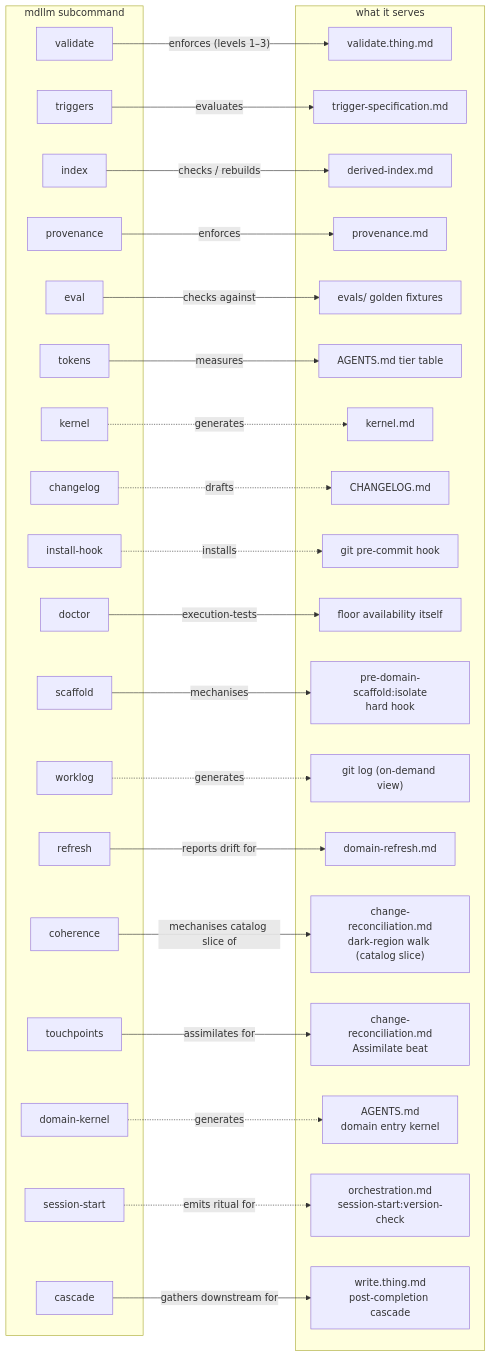
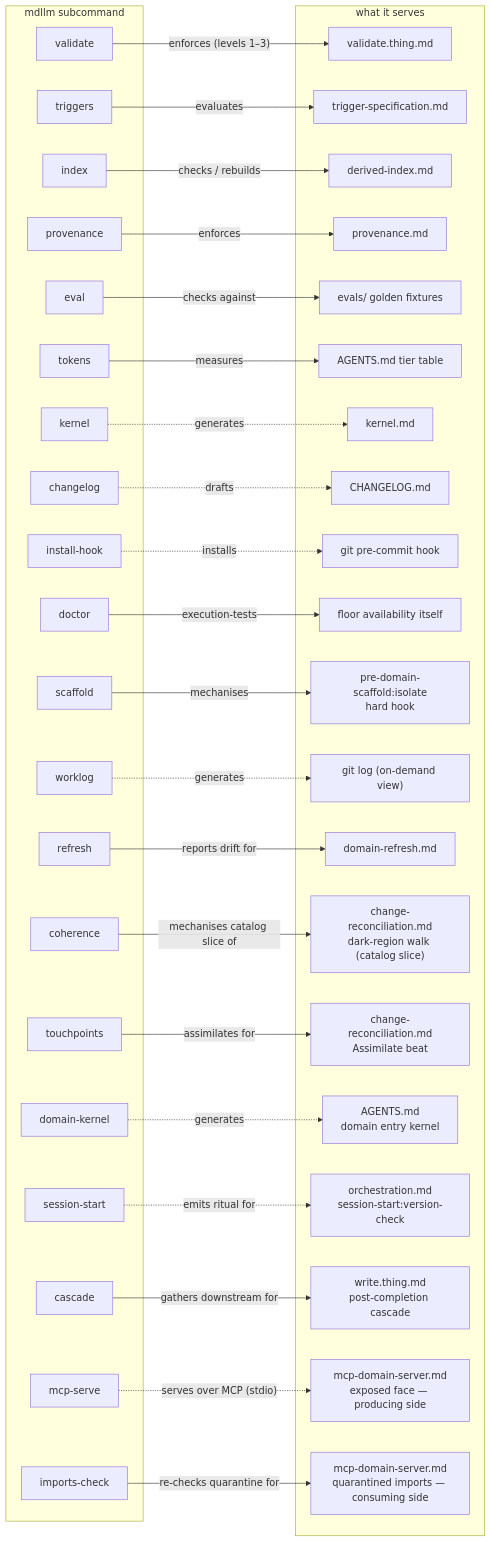
One commit to JanoshMoshiri/MarkdownLLM changed the third of 3 diagrams in docs/framework-map.md. Above: the diagram before and after it, drawn with Mermaid. The commit also changed other lines of this file and 9 other files, not shown here.

````diff
--- a/docs/framework-map.md
+++ b/docs/framework-map.md
@@ -174,62 +174,68 @@
 ```mermaid
 flowchart LR
     subgraph cli ["mdllm subcommand"]
         C1["validate"]
         C2["triggers"]
         C3["index"]
         C4["provenance"]
         C5["eval"]
         C6["tokens"]
         C7["kernel"]
         C8["changelog"]
         C9["install-hook"]
         C10["doctor"]
         C11["scaffold"]
         C12["worklog"]
         C13["refresh"]
         C14["coherence"]
         C15["touchpoints"]
         C16["domain-kernel"]
         C17["session-start"]
         C18["cascade"]
+        C19["mcp-serve"]
+        C20["imports-check"]
     end
     subgraph target ["what it serves"]
         T1["validate.thing.md"]
         T2["trigger-specification.md"]
         T3["derived-index.md"]
         T4["provenance.md"]
         T5["evals/ golden fixtures"]
         T6["AGENTS.md tier table"]
         T7["kernel.md"]
         T8["CHANGELOG.md"]
         T9["git pre-commit hook"]
         T10["floor availability itself"]
         T11["pre-domain-scaffold:isolate<br/>hard hook"]
         T12["git log (on-demand view)"]
         T13["domain-refresh.md"]
         T14["change-reconciliation.md<br/>dark-region walk (catalog slice)"]
         T15["change-reconciliation.md<br/>Assimilate beat"]
         T16["AGENTS.md<br/>domain entry kernel"]
         T17["orchestration.md<br/>session-start:version-check"]
         T18["write.thing.md<br/>post-completion cascade"]
+        T19["mcp-domain-server.md<br/>exposed face — producing side"]
+        T20["mcp-domain-server.md<br/>quarantined imports — consuming side"]
     end
 
     C1 -->|"enforces (levels 1–3)"| T1
     C2 -->|evaluates| T2
     C3 -->|"checks / rebuilds"| T3
     C4 -->|enforces| T4
     C5 -->|checks against| T5
     C6 -->|measures| T6
     C7 -.->|generates| T7
     C8 -.->|drafts| T8
     C9 -.->|installs| T9
     C10 -->|"execution-tests"| T10
     C11 -->|mechanises| T11
     C12 -.->|generates| T12
     C13 -->|"reports drift for"| T13
     C14 -->|"mechanises catalog slice of"| T14
     C15 -->|"assimilates for"| T15
     C16 -.->|"generates"| T16
     C17 -.->|"emits ritual for"| T17
     C18 -->|"gathers downstream for"| T18
+    C19 -.->|"serves over MCP (stdio)"| T19
+    C20 -->|"re-checks quarantine for"| T20
 ```
````
